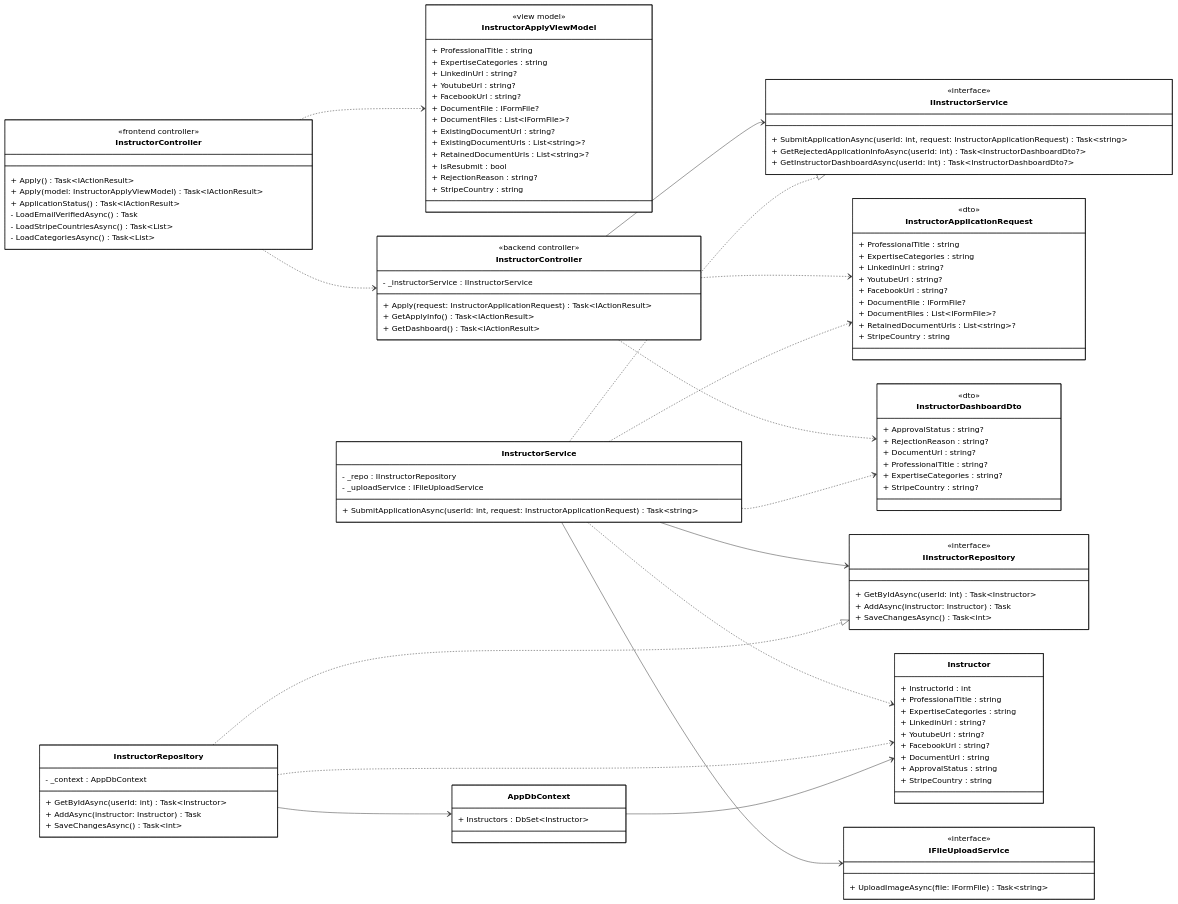
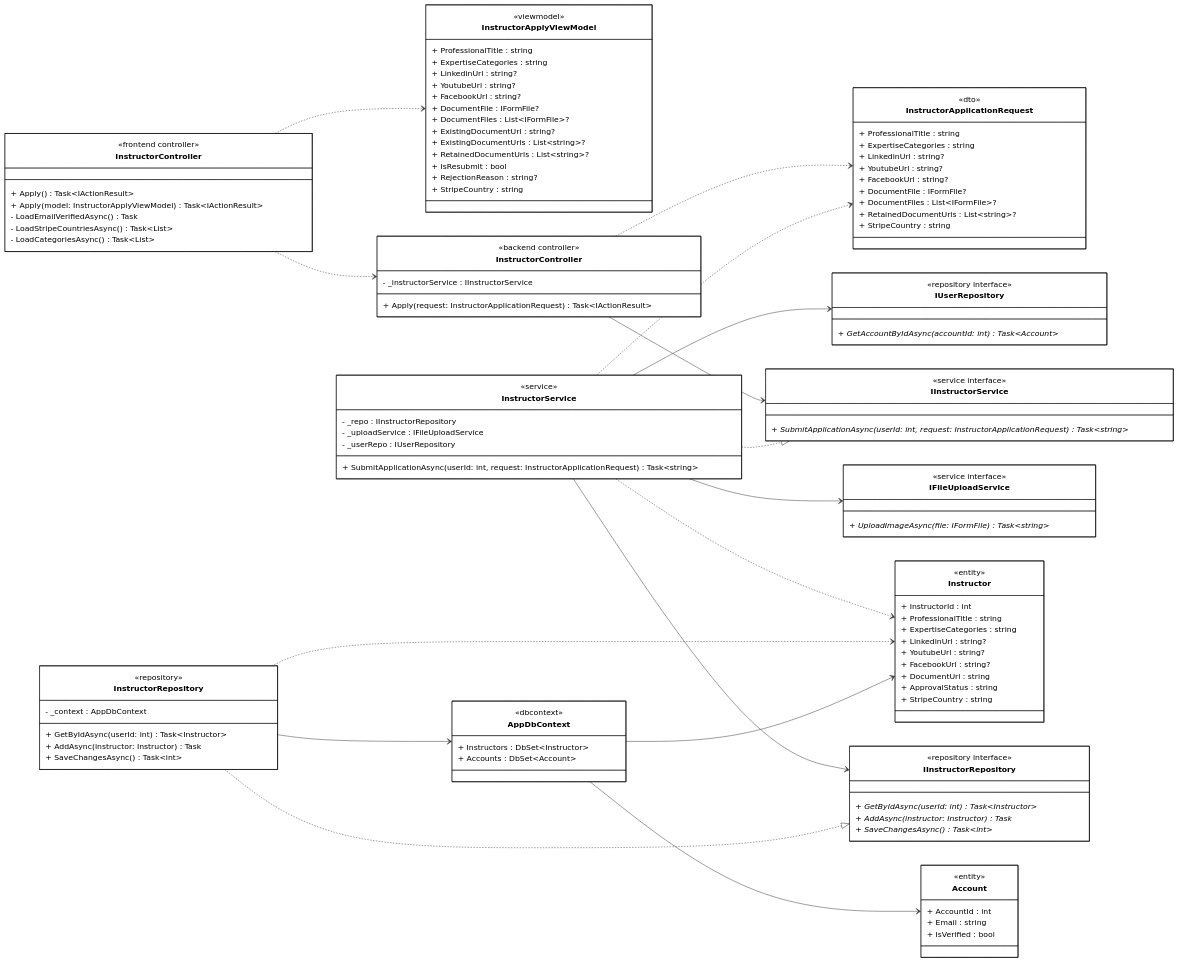
One commit to 1000do/Linked changed the diagram in diagrams/class_mermaid/Hung/cls_mm_become_instructor.mmd. Above: the diagram before and after it, drawn with Mermaid. The commit also changed 99 other files, not shown here.

Commit message:
feat: implement finance management module and add extensive system sequence and class diagrams

```diff
--- a/diagrams/class_mermaid/Hung/cls_mm_become_instructor.mmd
+++ b/diagrams/class_mermaid/Hung/cls_mm_become_instructor.mmd
@@ -1,148 +1,151 @@
 classDiagram-v2
 direction LR
 
 %% ==================== FRONTEND ====================
 
 class InstructorControllerFE["InstructorController"] {
     <<frontend controller>>
     + Apply() Task~IActionResult~
     + Apply(model: InstructorApplyViewModel) Task~IActionResult~
-    + ApplicationStatus() Task~IActionResult~
     - LoadEmailVerifiedAsync() Task
     - LoadStripeCountriesAsync() Task~List~
     - LoadCategoriesAsync() Task~List~
 }
 
 class InstructorApplyViewModel {
-    <<view model>>
+    <<viewmodel>>
     + ProfessionalTitle : string
     + ExpertiseCategories : string
     + LinkedinUrl : string?
     + YoutubeUrl : string?
     + FacebookUrl : string?
     + DocumentFile : IFormFile?
     + DocumentFiles : List~IFormFile~?
     + ExistingDocumentUrl : string?
     + ExistingDocumentUrls : List~string~?
     + RetainedDocumentUrls : List~string~?
     + IsResubmit : bool
     + RejectionReason : string?
     + StripeCountry : string
 }
 
 %% ==================== BACKEND - CONTROLLER ====================
 
 class InstructorControllerBE["InstructorController"] {
     <<backend controller>>
     - _instructorService : IInstructorService
     
     + Apply(request: InstructorApplicationRequest) Task~IActionResult~
-    + GetApplyInfo() Task~IActionResult~
-    + GetDashboard() Task~IActionResult~
 }
 
 %% ==================== BACKEND - DTOs ====================
 
 class InstructorApplicationRequest {
     <<dto>>
     + ProfessionalTitle : string
     + ExpertiseCategories : string
     + LinkedinUrl : string?
     + YoutubeUrl : string?
     + FacebookUrl : string?
     + DocumentFile : IFormFile?
     + DocumentFiles : List~IFormFile~?
     + RetainedDocumentUrls : List~string~?
     + StripeCountry : string
 }
 
-class InstructorDashboardDto {
-    <<dto>>
-    + ApprovalStatus : string?
-    + RejectionReason : string?
-    + DocumentUrl : string?
-    + ProfessionalTitle : string?
-    + ExpertiseCategories : string?
-    + StripeCountry : string?
-}
-
 %% ==================== BACKEND - SERVICE & REPOSITORY INTERFACES ====================
 
 class IInstructorService {
-    <<interface>>
-    + SubmitApplicationAsync(userId: int, request: InstructorApplicationRequest) Task~string~
-    + GetRejectedApplicationInfoAsync(userId: int) Task~InstructorDashboardDto?~
-    + GetInstructorDashboardAsync(userId: int) Task~InstructorDashboardDto?~
+    <<service interface>>
+    + SubmitApplicationAsync(userId: int, request: InstructorApplicationRequest) Task~string~ *
 }
 
 class IFileUploadService {
-    <<interface>>
-    + UploadImageAsync(file: IFormFile) Task~string~
+    <<service interface>>
+    + UploadImageAsync(file: IFormFile) Task~string~ *
 }
 
 class IInstructorRepository {
-    <<interface>>
-    + GetByIdAsync(userId: int) Task~Instructor~
-    + AddAsync(instructor: Instructor) Task
-    + SaveChangesAsync() Task~int~
+    <<repository interface>>
+    + GetByIdAsync(userId: int) Task~Instructor~ *
+    + AddAsync(instructor: Instructor) Task *
+    + SaveChangesAsync() Task~int~ *
+}
+
+class IUserRepository {
+    <<repository interface>>
+    + GetAccountByIdAsync(accountId: int) Task~Account~ *
 }
 
 %% ==================== BACKEND - IMPLEMENTATIONS ====================
 
 class InstructorService {
+    <<service>>
     - _repo : IInstructorRepository
     - _uploadService : IFileUploadService
+    - _userRepo : IUserRepository
     
     + SubmitApplicationAsync(userId: int, request: InstructorApplicationRequest) Task~string~
 }
 
 class InstructorRepository {
+    <<repository>>
     - _context : AppDbContext
     + GetByIdAsync(userId: int) Task~Instructor~
     + AddAsync(instructor: Instructor) Task
     + SaveChangesAsync() Task~int~
 }
 
 class AppDbContext {
+    <<dbcontext>>
     + Instructors : DbSet~Instructor~
+    + Accounts : DbSet~Account~
 }
 
 %% ==================== BACKEND - DOMAIN ENTITIES ====================
 
 class Instructor {
+    <<entity>>
     + InstructorId : int
     + ProfessionalTitle : string
     + ExpertiseCategories : string
     + LinkedinUrl : string?
     + YoutubeUrl : string?
     + FacebookUrl : string?
     + DocumentUrl : string
     + ApprovalStatus : string
     + StripeCountry : string
 }
 
+class Account {
+    <<entity>>
+    + AccountId : int
+    + Email : string
+    + IsVerified : bool
+}
+
 %% ==================== RELATIONSHIPS ====================
 
 InstructorControllerFE ..> InstructorApplyViewModel
 InstructorControllerFE ..> InstructorControllerBE
 
 InstructorControllerBE --> IInstructorService
 InstructorControllerBE ..> InstructorApplicationRequest
-InstructorControllerBE ..> InstructorDashboardDto
 
 InstructorService ..|> IInstructorService
 InstructorService --> IInstructorRepository
 InstructorService --> IFileUploadService
+InstructorService --> IUserRepository
 InstructorService ..> InstructorApplicationRequest
-InstructorService ..> InstructorDashboardDto
 InstructorService ..> Instructor
 
 InstructorRepository ..|> IInstructorRepository
 InstructorRepository --> AppDbContext
 InstructorRepository ..> Instructor
 
 AppDbContext --> Instructor
+AppDbContext --> Account
 
 %% ==================== STYLES ====================
 
 classDef default fill:#FFFFFF,stroke:#000000,stroke-width:1px,color:#000000
```
